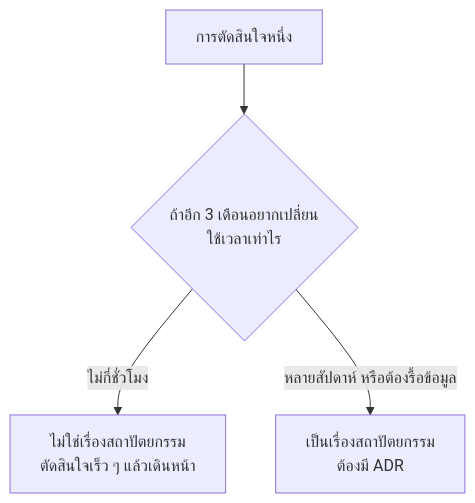
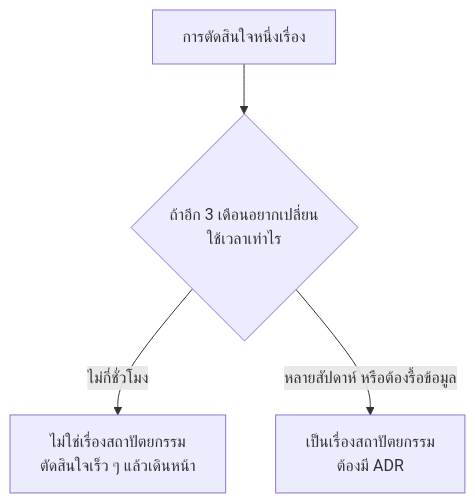
One commit to CE-SDPX/SDPX-AI changed the first of 25 diagrams in readings/04-system-architecture-design.md. Above: the diagram before and after it, drawn with Mermaid. The commit also changed other lines of this file and 6 other files, not shown here.

````diff
--- a/readings/04-system-architecture-design.md
+++ b/readings/04-system-architecture-design.md
@@ -58,6 +57,6 @@
 ```mermaid
 flowchart TD
-    D["การตัดสินใจหนึ่ง"] --> Q{"ถ้าอีก 3 เดือนอยากเปลี่ยน<br/>ใช้เวลาเท่าไร"}
+    D["การตัดสินใจหนึ่งเรื่อง"] --> Q{"ถ้าอีก 3 เดือนอยากเปลี่ยน<br/>ใช้เวลาเท่าไร"}
     Q -->|"ไม่กี่ชั่วโมง"| N["ไม่ใช่เรื่องสถาปัตยกรรม<br/>ตัดสินใจเร็ว ๆ แล้วเดินหน้า"]
     Q -->|"หลายสัปดาห์ หรือต้องรื้อข้อมูล"| A["เป็นเรื่องสถาปัตยกรรม<br/>ต้องมี ADR"]
 ```
````
